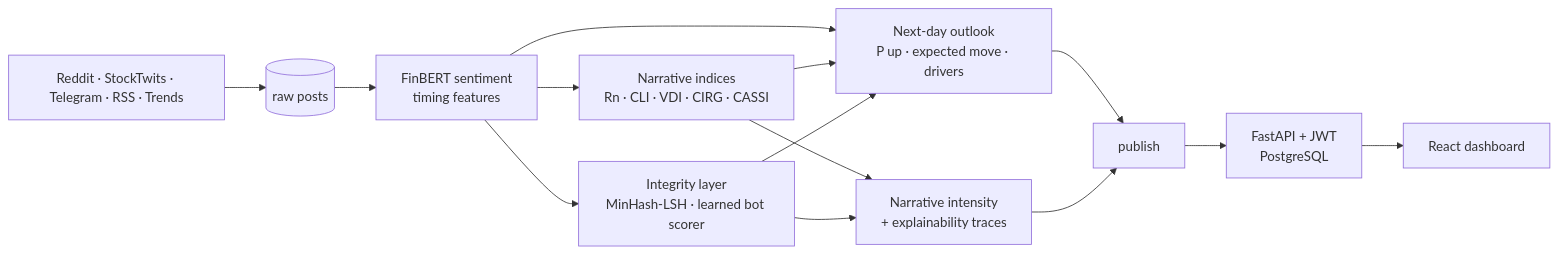
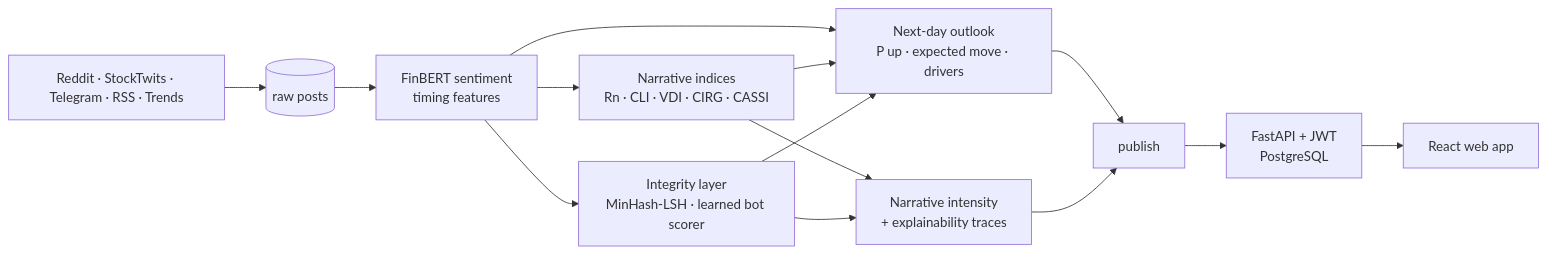
Before and after one commit to GeoJeffrey/diverge: the diagram in README.md, drawn with Mermaid. The commit also changed other lines of this file and 4 other files, not shown here.

First line of the commit message:
Describe the new web app in the README

````diff
--- a/README.md
+++ b/README.md
@@ -82,11 +82,11 @@
 ```mermaid
 flowchart LR
     A[Reddit · StockTwits · Telegram · RSS · Trends] --> B[(raw posts)]
     B --> C[FinBERT sentiment<br/>timing features]
     C --> D[Narrative indices<br/>Rn · CLI · VDI · CIRG · CASSI]
     C --> E[Integrity layer<br/>MinHash-LSH · learned bot scorer]
     C & D & E --> O[Next-day outlook<br/>P up · expected move · drivers]
     D & E --> F[Narrative intensity<br/>+ explainability traces]
     O & F --> P[publish] --> G[FastAPI + JWT<br/>PostgreSQL]
-    G --> H[React dashboard]
+    G --> H[React web app]
 ```
````
